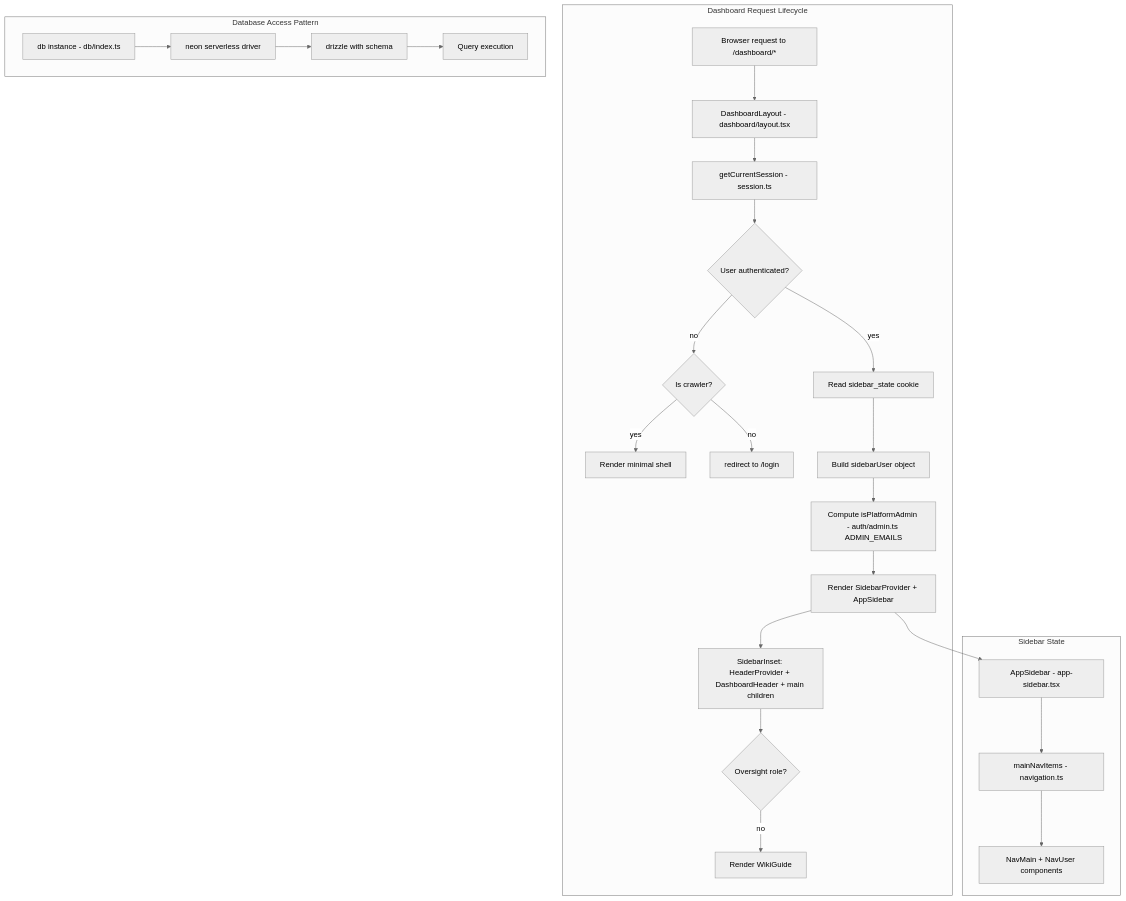
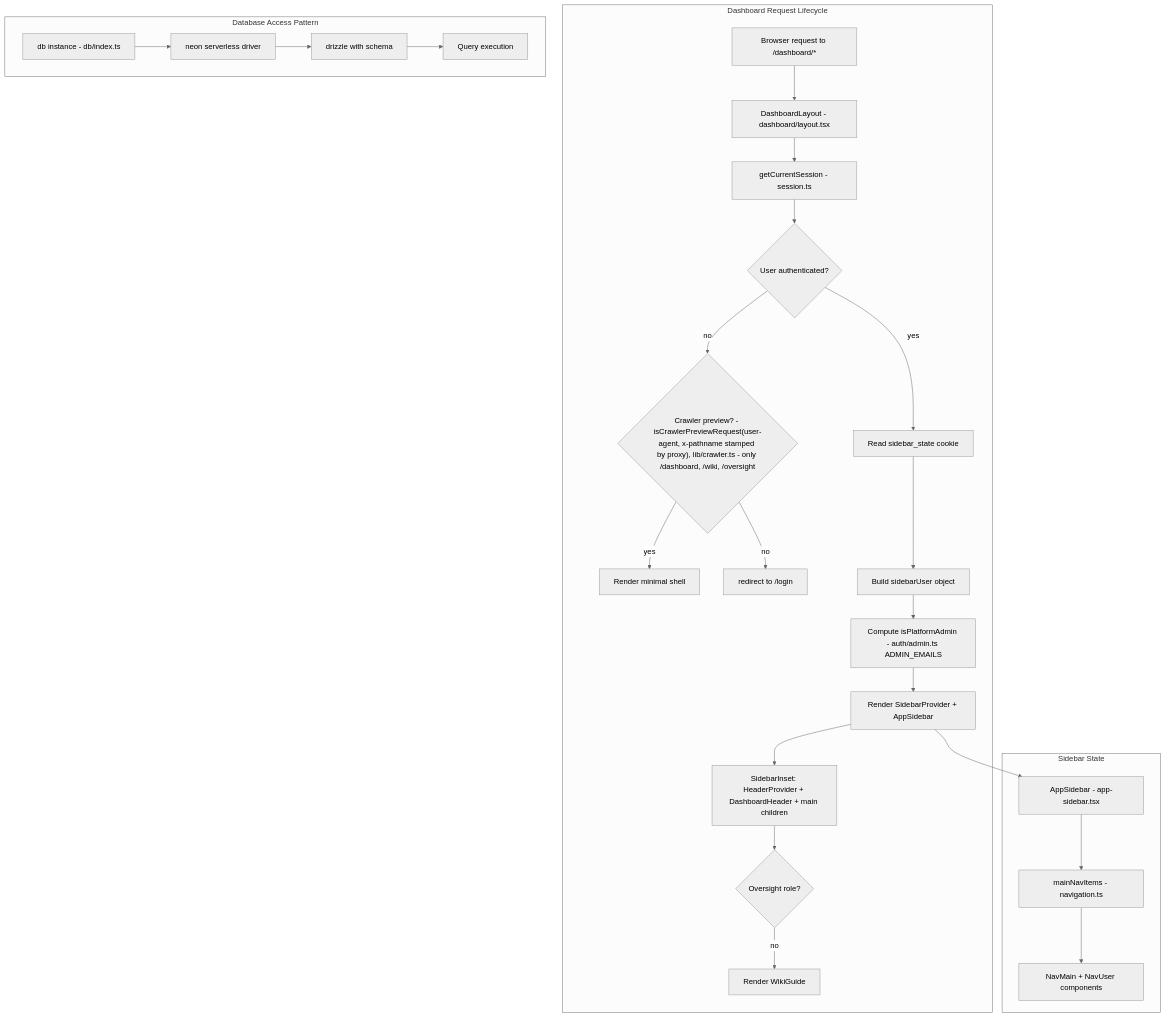
One commit to SebastianGarces/everyfield_v2 changed the diagram in memory/flows/request-lifecycle.mmd. Above: the diagram before and after it, drawn with Mermaid. The commit also changed 6 other files, not shown here.

First line of the commit message:
fix(auth): derive the crawler signal from user-agent, not a forgeable header (#240) (#283)

```diff
--- a/memory/flows/request-lifecycle.mmd
+++ b/memory/flows/request-lifecycle.mmd
@@ -1,44 +1,44 @@
 %%{init: {'theme': 'neutral'}}%%
 flowchart TD
     subgraph request [Dashboard Request Lifecycle]
         REQ1[Browser request to /dashboard/*]
         REQ2["DashboardLayout - dashboard/layout.tsx"]
         REQ3["getCurrentSession - session.ts"]
         REQ4{User authenticated?}
-        REQ5{Is crawler?}
+        REQ5{"Crawler preview? - isCrawlerPreviewRequest(user-agent, x-pathname stamped by proxy), lib/crawler.ts - only /dashboard, /wiki, /oversight"}
         REQ6[Render minimal shell]
         REQ7[redirect to /login]
         REQ8[Read sidebar_state cookie]
         REQ9[Build sidebarUser object]
         REQ9b["Compute isPlatformAdmin - auth/admin.ts ADMIN_EMAILS"]
         REQ10[Render SidebarProvider + AppSidebar]
         REQ11[SidebarInset: HeaderProvider + DashboardHeader + main children]
         REQ12{Oversight role?}
         REQ13[Render WikiGuide]
 
         REQ1 --> REQ2 --> REQ3 --> REQ4
         REQ4 -->|no| REQ5
         REQ5 -->|yes| REQ6
         REQ5 -->|no| REQ7
         REQ4 -->|yes| REQ8 --> REQ9 --> REQ9b --> REQ10 --> REQ11 --> REQ12
         REQ12 -->|no| REQ13
     end
 
     subgraph db [Database Access Pattern]
         DB1["db instance - db/index.ts"]
         DB2["neon serverless driver"]
         DB3["drizzle with schema"]
         DB4[Query execution]
         
         DB1 --> DB2 --> DB3 --> DB4
     end
 
     subgraph sidebar [Sidebar State]
         SB1["AppSidebar - app-sidebar.tsx"]
         SB2["mainNavItems - navigation.ts"]
         SB3["NavMain + NavUser components"]
         
         SB1 --> SB2 --> SB3
     end
 
     REQ10 --> SB1
```
